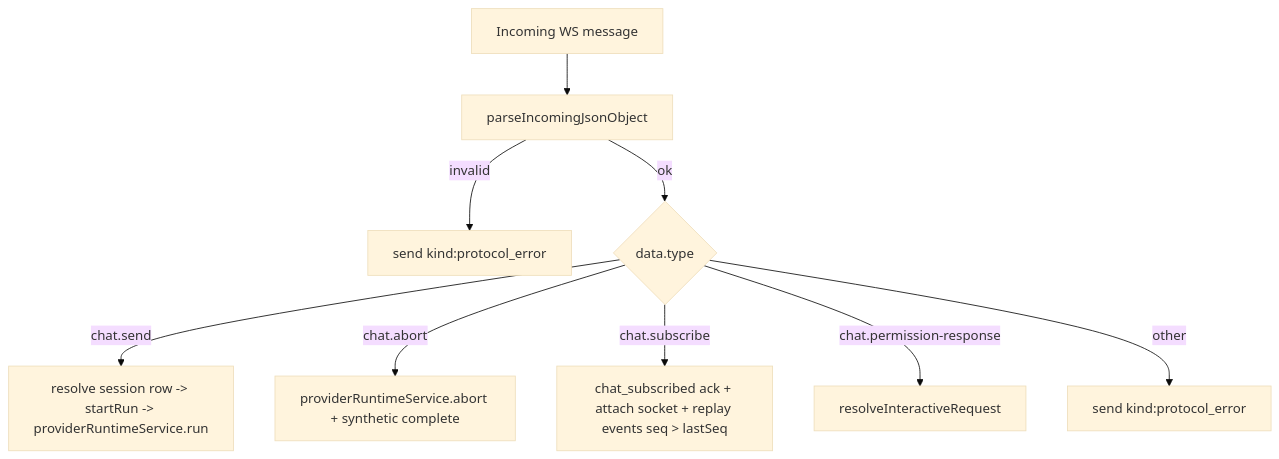
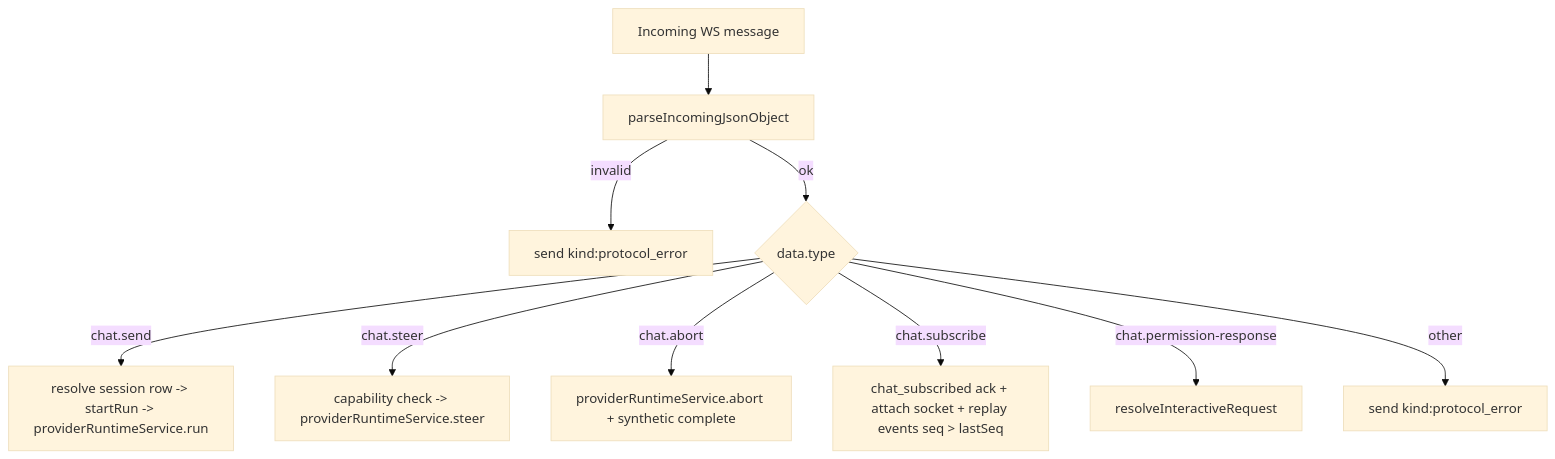
One commit to MetalZealot/CLIde changed the third of 5 diagrams in server/modules/websocket/README.md. Above: the diagram before and after it, drawn with Mermaid (base theme). The commit also changed other lines of this file and 32 other files, not shown here.

````diff
--- a/server/modules/websocket/README.md
+++ b/server/modules/websocket/README.md
@@ -126,12 +126,13 @@
 ```mermaid
 flowchart TD
   A[Incoming WS message] --> B[parseIncomingJsonObject]
   B -->|invalid| C[send kind:protocol_error]
   B -->|ok| D{data.type}
 
   D -->|chat.send| E[resolve session row -> startRun -> providerRuntimeService.run]
+  D -->|chat.steer| J[capability check -> providerRuntimeService.steer]
   D -->|chat.abort| F[providerRuntimeService.abort + synthetic complete]
   D -->|chat.subscribe| G[chat_subscribed ack + attach socket + replay events seq > lastSeq]
   D -->|chat.permission-response| H[resolveInteractiveRequest]
   D -->|other| I[send kind:protocol_error]
 ```
````
